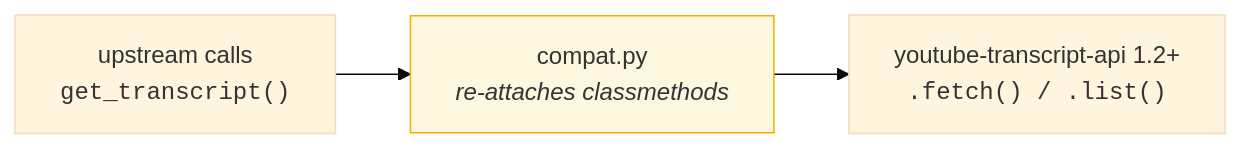
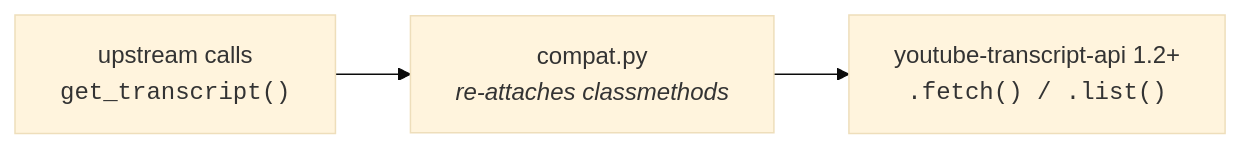
Before and after one commit to jaytrivediSF25/deepcheck: the third of 3 diagrams in README.md, drawn with Mermaid (base theme). The commit also changed other lines of this file and 5 other files, not shown here.

First line of the commit message:
Add CI, Docker, Makefile, contributor docs; fix dark-mode diagrams

````diff
--- a/README.md
+++ b/README.md
@@ -177,6 +189,5 @@
 ```mermaid
 flowchart LR
     U["upstream calls<br/><code>get_transcript()</code>"] --> S["compat.py<br/><i>re-attaches classmethods</i>"]
     S --> L["youtube-transcript-api 1.2+<br/><code>.fetch() / .list()</code>"]
-    style S fill:#fef7e0,stroke:#f9ab00
 ```
````
